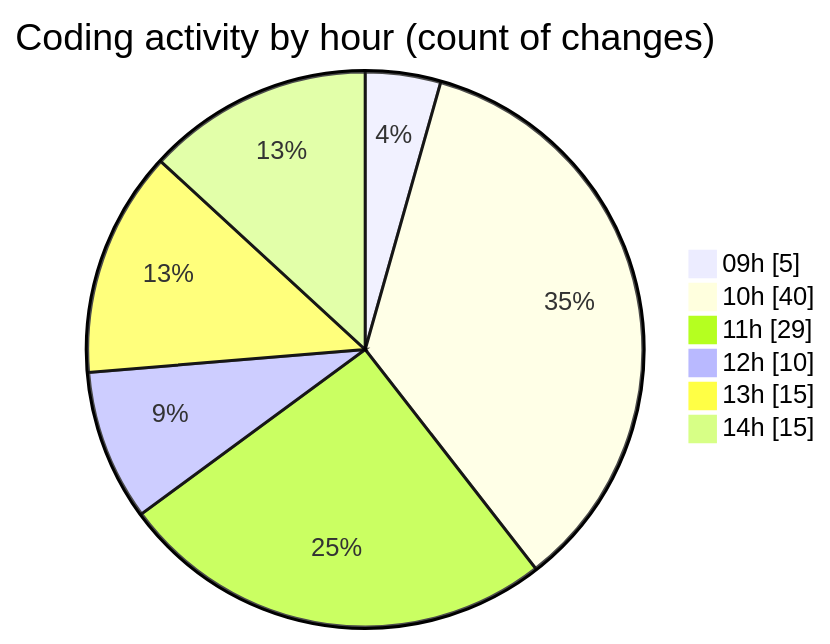
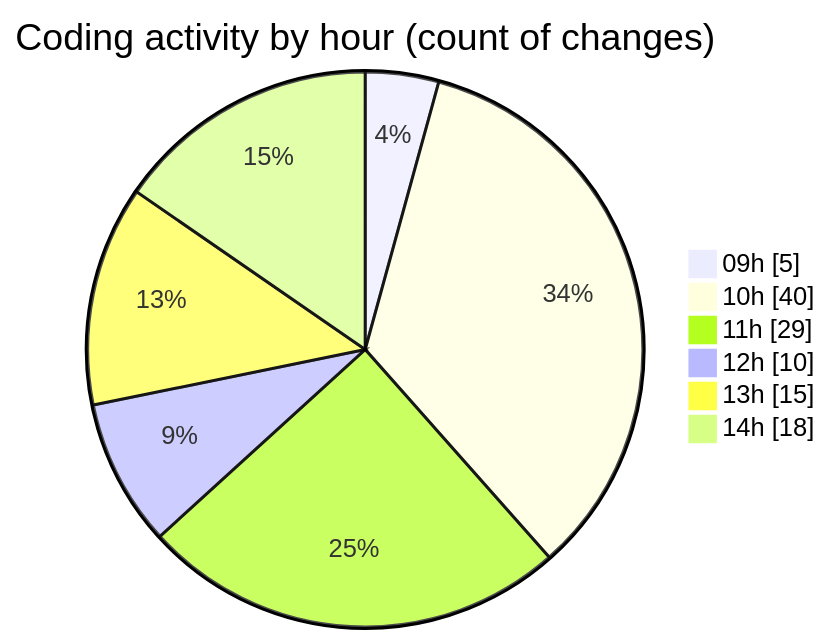
Before and after one commit to CELIANVF/code-tracking: the second of 2 diagrams in 2025-06-02/ecodeli-1/README.md, drawn with Mermaid. The commit also changed other lines of this file and 1 other file, not shown here.

````diff
--- a/2025-06-02/ecodeli-1/README.md
+++ b/2025-06-02/ecodeli-1/README.md
@@ -83,10 +83,10 @@
 ```mermaid
 pie showData
 title Coding activity by hour (count of changes)
 "09h" : 5
 "10h" : 40
 "11h" : 29
 "12h" : 10
 "13h" : 15
-"14h" : 15
+"14h" : 18
 ```
````
